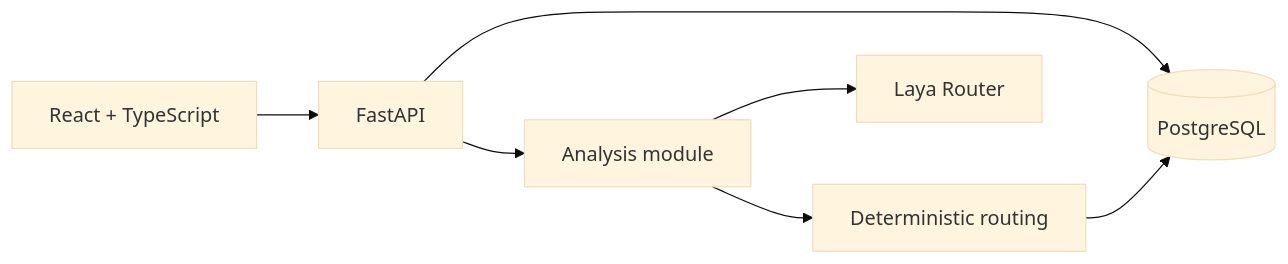
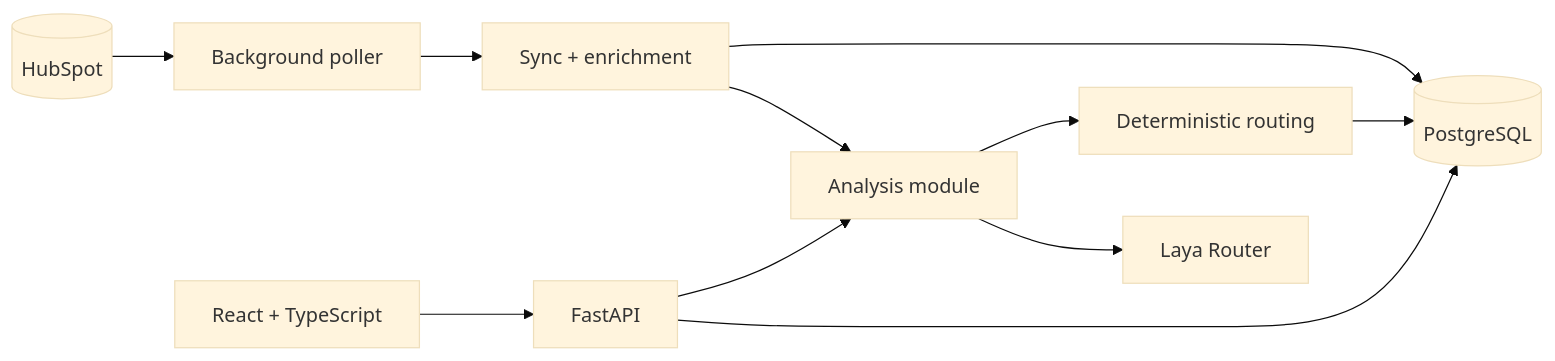
The first of 2 diagrams in README.md (LorenzoVicino/escalate), drawn with Mermaid (base theme) before and after one commit. The commit also changed other lines of this file, not shown here.

````diff
--- a/README.md
+++ b/README.md
@@ -57,9 +57,13 @@
 ```mermaid
 flowchart LR
+    HubSpot[(HubSpot)] --> Poller[Background poller]
+    Poller --> Ingest[Sync + enrichment]
+    Ingest --> Analysis[Analysis module]
     Web[React + TypeScript] --> API[FastAPI]
     API --> DB[(PostgreSQL)]
-    API --> Analysis[Analysis module]
+    API --> Analysis
     Analysis --> Laya[Laya Router]
     Analysis --> Routing[Deterministic routing]
     Routing --> DB
+    Ingest --> DB
 ```
````
